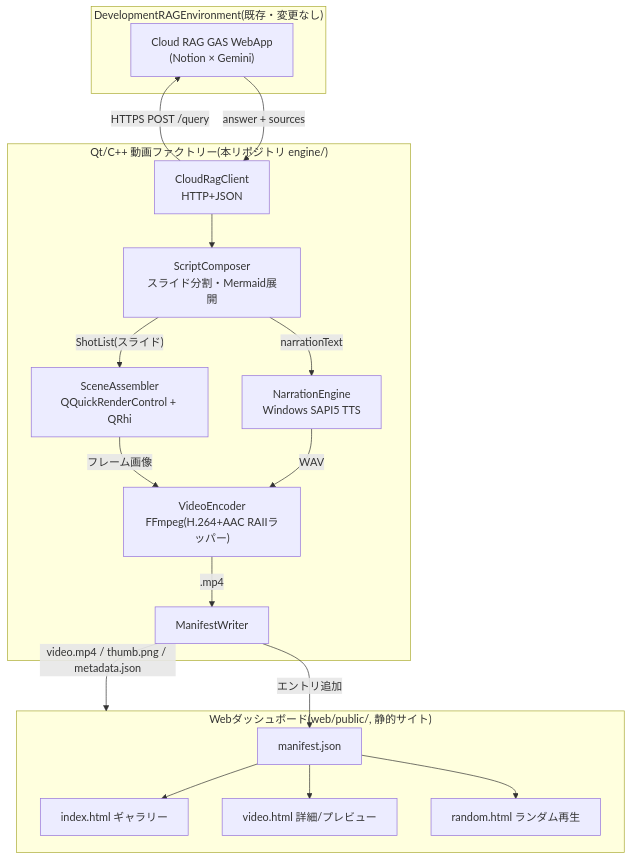
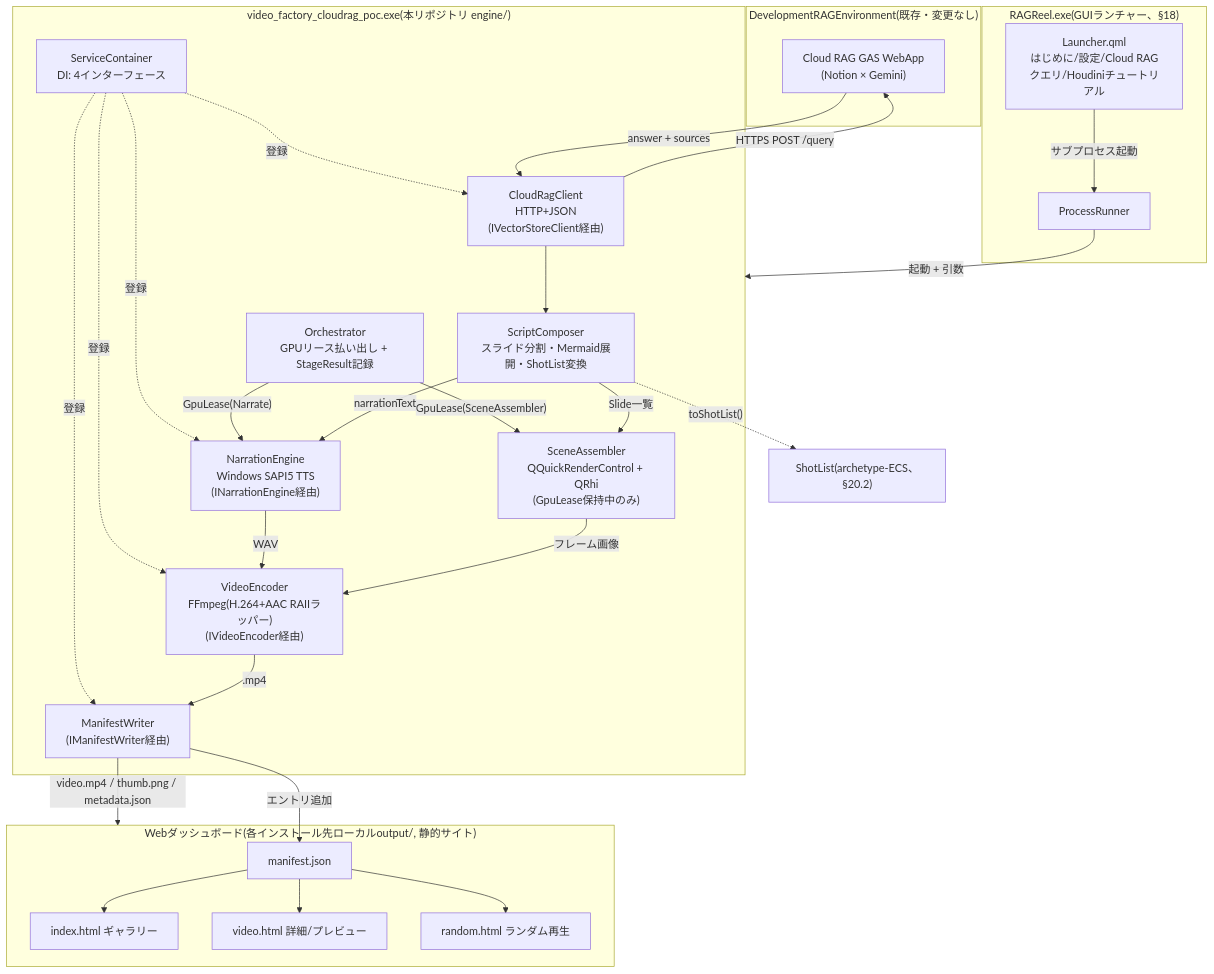
One commit to manato1201/RAGReel changed the first of 16 diagrams in docs/technical-reference.md. Above: the diagram before and after it, drawn with Mermaid. The commit also changed other lines of this file and 3 other files, not shown here.

````diff
--- a/docs/technical-reference.md
+++ b/docs/technical-reference.md
@@ -49,36 +55,52 @@
 ```mermaid
 flowchart TB
     subgraph rag["DevelopmentRAGEnvironment(既存・変更なし)"]
         GAS["Cloud RAG GAS WebApp<br/>(Notion × Gemini)"]
     end
 
-    subgraph engine["Qt/C++ 動画ファクトリー(本リポジトリ engine/)"]
-        CRC["CloudRagClient<br/>HTTP+JSON"]
-        NE["NarrationEngine<br/>Windows SAPI5 TTS"]
-        SC["ScriptComposer<br/>スライド分割・Mermaid展開"]
-        SA["SceneAssembler<br/>QQuickRenderControl + QRhi"]
-        VE["VideoEncoder<br/>FFmpeg(H.264+AAC RAIIラッパー)"]
-        MW["ManifestWriter"]
+    subgraph launcher["RAGReel.exe(GUIランチャー、§18)"]
+        UI["Launcher.qml<br/>はじめに/設定/Cloud RAGクエリ/Houdiniチュートリアル"]
+        PR["ProcessRunner"]
     end
 
-    subgraph web["Webダッシュボード(web/public/, 静的サイト)"]
+    subgraph engine["video_factory_cloudrag_poc.exe(本リポジトリ engine/)"]
+        ORCH["Orchestrator<br/>GPUリース払い出し + StageResult記録"]
+        SVC["ServiceContainer<br/>DI: 4インターフェース"]
+        CRC["CloudRagClient<br/>HTTP+JSON<br/>(IVectorStoreClient経由)"]
+        NE["NarrationEngine<br/>Windows SAPI5 TTS<br/>(INarrationEngine経由)"]
+        SC["ScriptComposer<br/>スライド分割・Mermaid展開・ShotList変換"]
+        SA["SceneAssembler<br/>QQuickRenderControl + QRhi<br/>(GpuLease保持中のみ)"]
+        VE["VideoEncoder<br/>FFmpeg(H.264+AAC RAIIラッパー)<br/>(IVideoEncoder経由)"]
+        MW["ManifestWriter<br/>(IManifestWriter経由)"]
+    end
+
+    subgraph web["Webダッシュボード(各インストール先ローカルoutput/, 静的サイト)"]
         GALLERY["index.html ギャラリー"]
         DETAIL["video.html 詳細/プレビュー"]
         RANDOM["random.html ランダム再生"]
         MANIFEST["manifest.json"]
     end
 
+    UI -- "サブプロセス起動" --> PR
+    PR -- "起動 + 引数" --> engine
+    SVC -.->|"登録"| CRC
+    SVC -.->|"登録"| NE
+    SVC -.->|"登録"| VE
+    SVC -.->|"登録"| MW
+    ORCH -- "GpuLease(Narrate)" --> NE
+    ORCH -- "GpuLease(SceneAssembler)" --> SA
     CRC -- "HTTPS POST /query" --> GAS
     GAS -- "answer + sources" --> CRC
     CRC --> SC
     SC -- "narrationText" --> NE
     NE -- "WAV" --> VE
-    SC -- "ShotList(スライド)" --> SA
+    SC -- "Slide一覧" --> SA
+    SC -.->|"toShotList()"| SHOTS["ShotList(archetype-ECS、§20.2)"]
     SA -- "フレーム画像" --> VE
     VE -- ".mp4" --> MW
     MW -- "video.mp4 / thumb.png / metadata.json" --> web
     MW -- "エントリ追加" --> MANIFEST
     MANIFEST --> GALLERY
     MANIFEST --> DETAIL
     MANIFEST --> RANDOM
 ```
````
